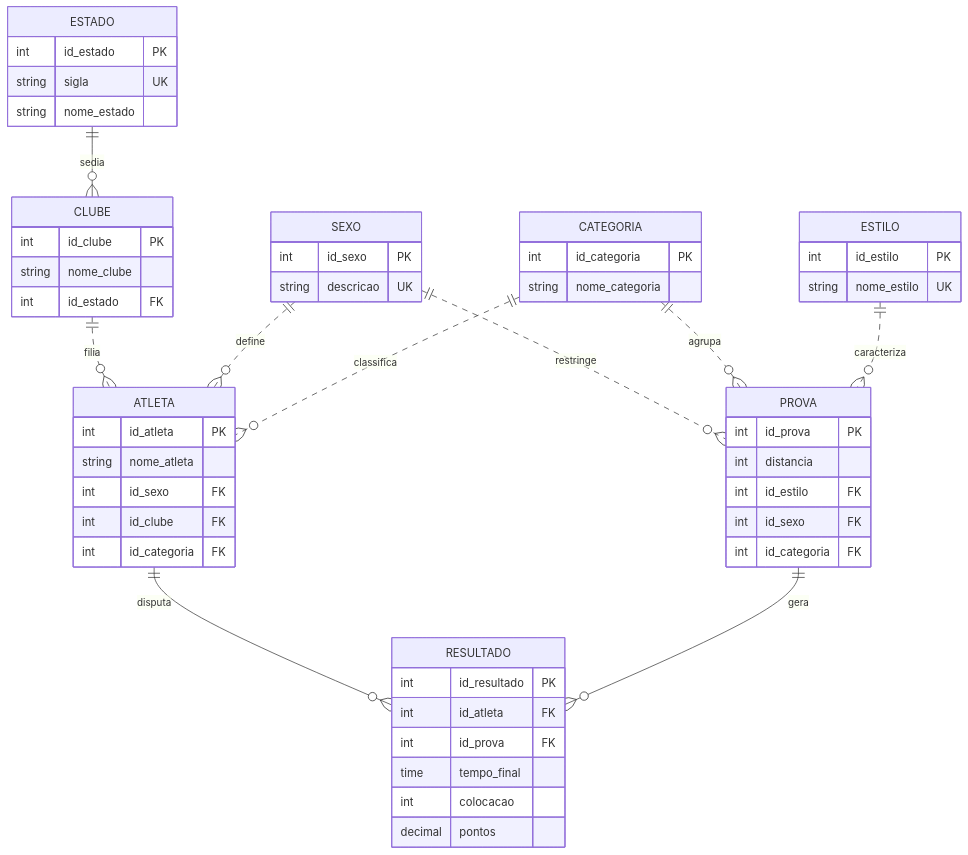
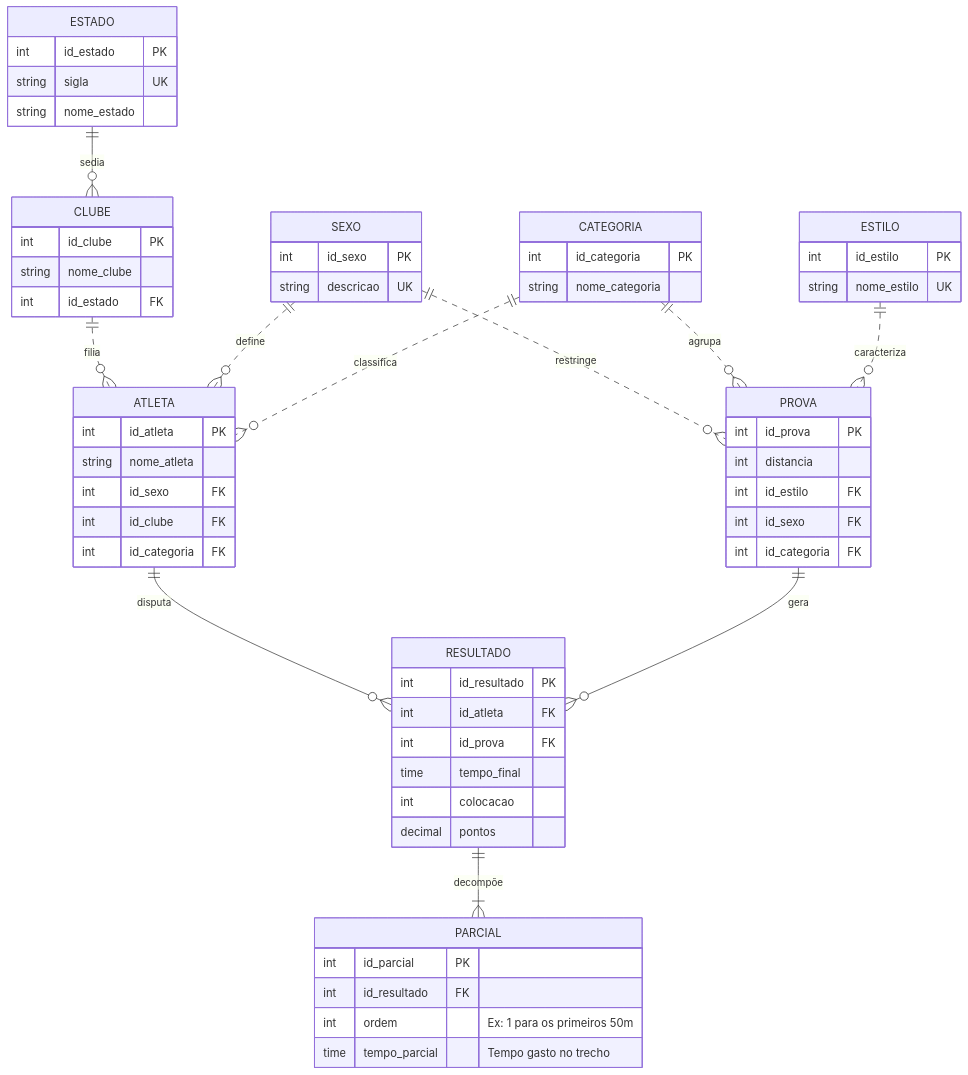
One commit to zaharadcl/SGBD_natacao changed the diagram in README.md. Above: the diagram before and after it, drawn with Mermaid.

Commit message:
Add PARCIAL entity with attributes to README.

`````diff
--- a/README.md
+++ b/README.md
@@ -21,64 +21,72 @@
 ````mermaid
 erDiagram
     ESTADO ||--o{ CLUBE : "sedia"
     CLUBE ||..o{ ATLETA : "filia"
     SEXO ||..o{ ATLETA : "define"
     SEXO ||..o{ PROVA : "restringe"
     CATEGORIA ||..o{ ATLETA : "classifica"
     CATEGORIA ||..o{ PROVA : "agrupa"
     ESTILO ||..o{ PROVA : "caracteriza"
     ATLETA ||--o{ RESULTADO : "disputa"
     PROVA ||--o{ RESULTADO : "gera"
+    RESULTADO ||--|{ PARCIAL : "decompõe"
 
     ESTADO {
         int id_estado PK
         string sigla UK
         string nome_estado
     }
 
     CLUBE {
         int id_clube PK
         string nome_clube
         int id_estado FK
     }
 
     SEXO {
         int id_sexo PK
         string descricao UK
     }
 
     ESTILO {
         int id_estilo PK
         string nome_estilo UK
     }
 
     CATEGORIA {
         int id_categoria PK
         string nome_categoria
     }
 
     ATLETA {
         int id_atleta PK
         string nome_atleta
         int id_sexo FK
         int id_clube FK
         int id_categoria FK
     }
 
     PROVA {
         int id_prova PK
         int distancia
         int id_estilo FK
         int id_sexo FK
         int id_categoria FK
     }
 
     RESULTADO {
         int id_resultado PK
         int id_atleta FK
         int id_prova FK
         time tempo_final
         int colocacao
         decimal pontos
     }
+
+    PARCIAL {
+        int id_parcial PK
+        int id_resultado FK
+        int ordem "Ex: 1 para os primeiros 50m"
+        time tempo_parcial "Tempo gasto no trecho"
+    }
 ````
`````
